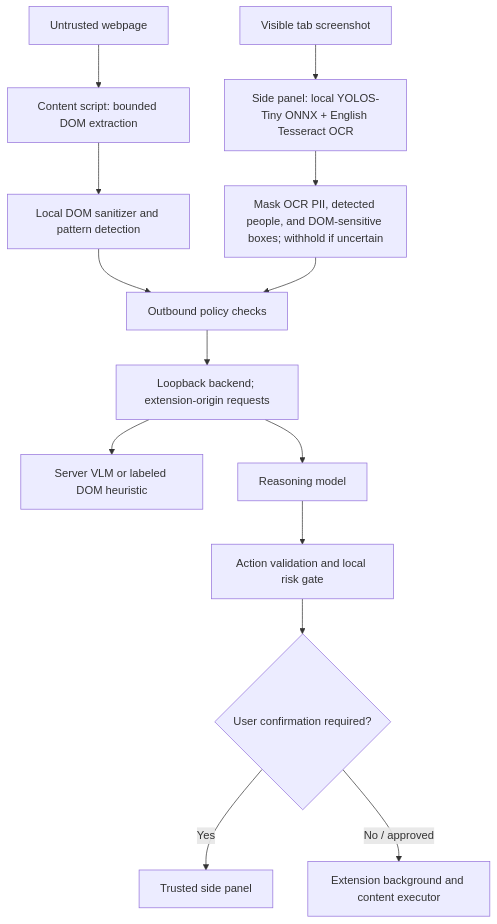
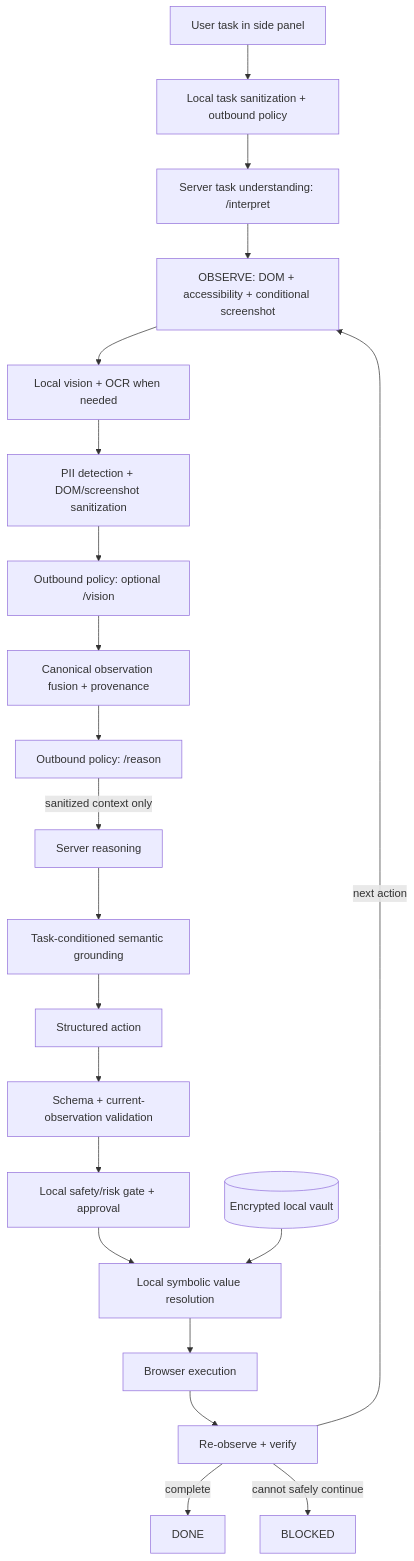
One commit to vishal88736/privacy-preserving-agentic-browser changed the diagram in docs/architecture.md. Above: the diagram before and after it, drawn with Mermaid. The commit also changed other lines of this file and 43 other files, not shown here.

````diff
--- a/docs/architecture.md
+++ b/docs/architecture.md
@@ -5,16 +5,23 @@
 ```mermaid
 flowchart TD
-  Page[Untrusted webpage] --> Extract[Content script: bounded DOM extraction]
-  Extract --> Sanitize[Local DOM sanitizer and pattern detection]
-  Capture[Visible tab screenshot] --> LocalVision[Side panel: local YOLOS-Tiny ONNX + English Tesseract OCR]
-  LocalVision --> ImageGate[Mask OCR PII, detected people, and DOM-sensitive boxes; withhold if uncertain]
-  Sanitize --> Policy[Outbound policy checks]
-  ImageGate --> Policy
-  Policy --> Backend[Loopback backend; extension-origin requests]
-  Backend --> Vision[Server VLM or labeled DOM heuristic]
-  Backend --> Reason[Reasoning model]
-  Reason --> Validate[Action validation and local risk gate]
-  Validate --> Confirm{User confirmation required?}
-  Confirm -->|Yes| Panel[Trusted side panel]
-  Confirm -->|No / approved| Execute[Extension background and content executor]
+  User[User task in side panel] --> TaskPrivacy[Local task sanitization + outbound policy]
+  TaskPrivacy --> Understand[Server task understanding: /interpret]
+  Understand --> Observe[OBSERVE: DOM + accessibility + conditional screenshot]
+  Observe --> Local[Local vision + OCR when needed]
+  Local --> Privacy[PII detection + DOM/screenshot sanitization]
+  Privacy --> OutboundVision[Outbound policy: optional /vision]
+  OutboundVision --> Fuse[Canonical observation fusion + provenance]
+  Fuse --> OutboundReason[Outbound policy: /reason]
+  OutboundReason -->|sanitized context only| Server[Server reasoning]
+  Server --> Ground[Task-conditioned semantic grounding]
+  Ground --> Plan[Structured action]
+  Plan --> Validate[Schema + current-observation validation]
+  Validate --> Risk[Local safety/risk gate + approval]
+  Risk --> Resolve[Local symbolic value resolution]
+  Resolve --> Execute[Browser execution]
+  Execute --> Verify[Re-observe + verify]
+  Verify -->|next action| Observe
+  Verify -->|complete| Done[DONE]
+  Verify -->|cannot safely continue| Blocked[BLOCKED]
+  Vault[(Encrypted local vault)] --> Resolve
 ```
````
